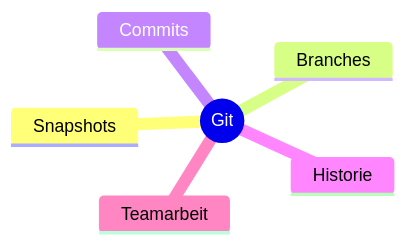
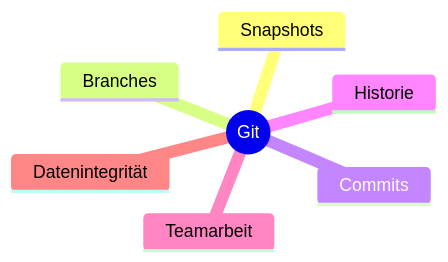
Before and after one commit to Post155/Git-Schulung: the second of 21 diagrams in README.md, drawn with Mermaid. The commit also changed other lines of this file, not shown here.

````diff
--- a/README.md
+++ b/README.md
@@ -62,9 +68,10 @@
 ```mermaid
 mindmap
-  root((Git))
-    Snapshots
-    Branches
-    Commits
-    Historie
-    Teamarbeit
+    root((Git))
+        Snapshots
+        Branches
+        Commits
+        Historie
+        Teamarbeit
+        Datenintegrität
 ```
````
